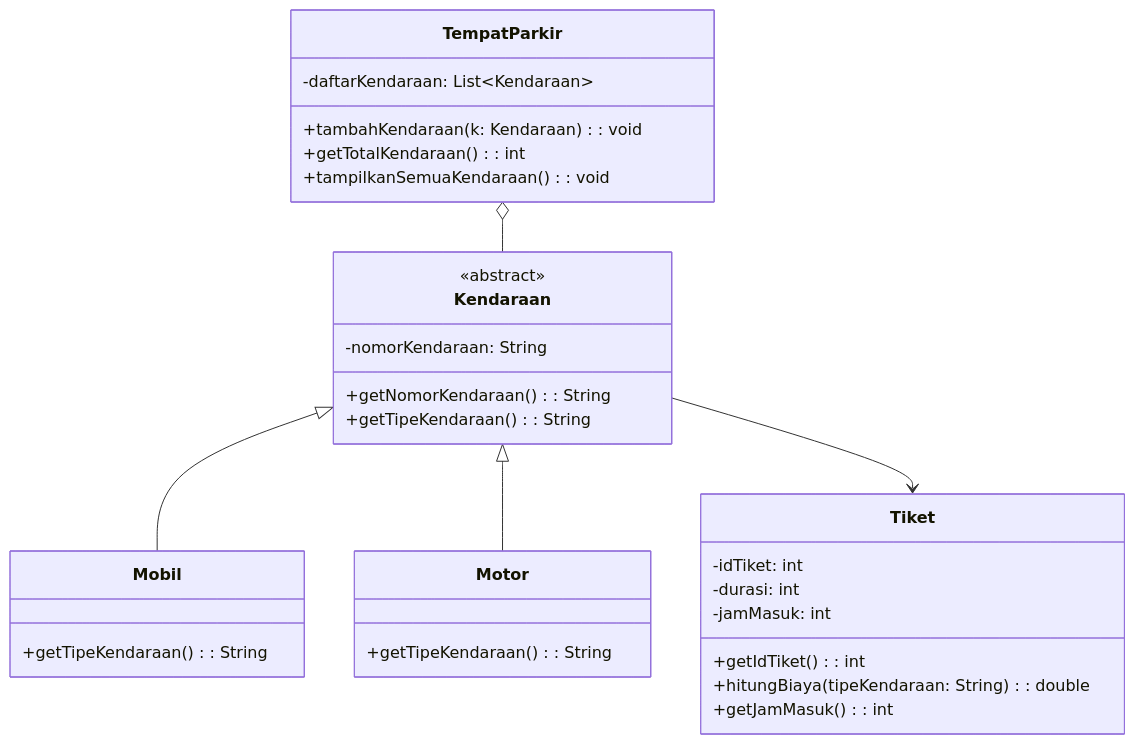
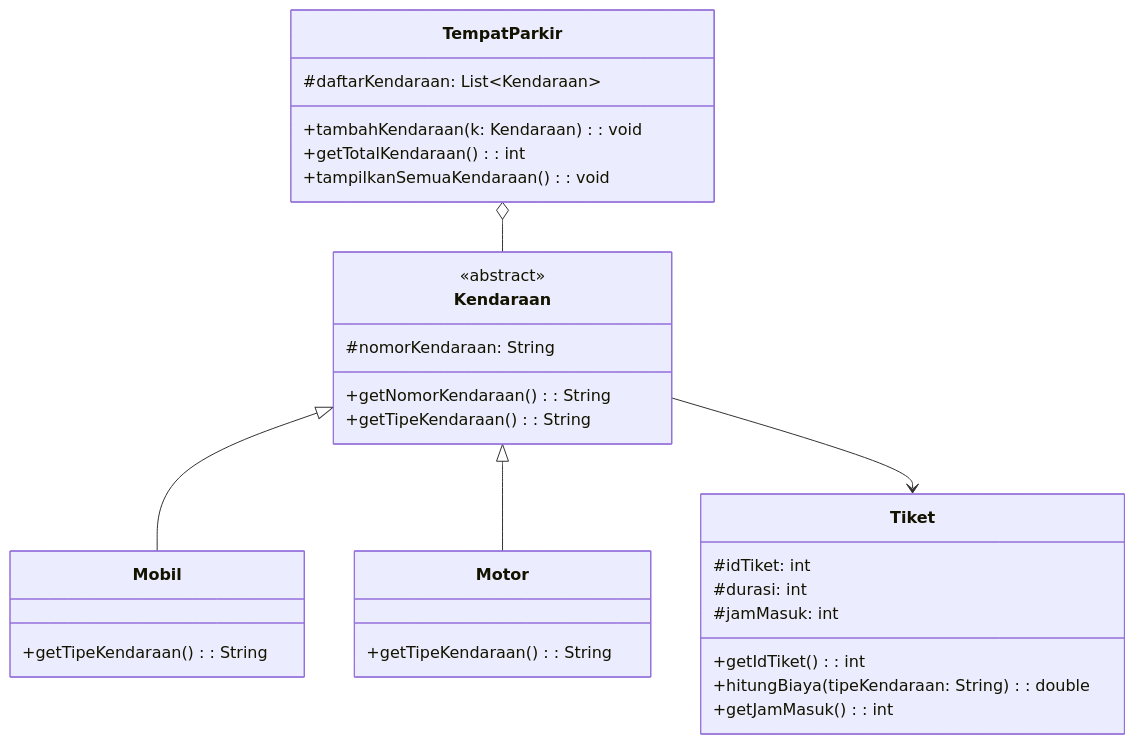
Before and after one commit to aulinsn/Strukdat-Class-Diagram-Assignment: the diagram in README.md, drawn with Mermaid.

````diff
--- a/README.md
+++ b/README.md
@@ -23,40 +23,40 @@
 ```mermaid
 classDiagram
 
     class Kendaraan {
         <<abstract>>
-        -nomorKendaraan: String
+        #nomorKendaraan: String
         +getNomorKendaraan(): String
         +getTipeKendaraan(): String
     }
 
     class Mobil {
         +getTipeKendaraan(): String
     }
 
     class Motor {
         +getTipeKendaraan(): String
     }
 
     class Tiket {
-        -idTiket: int
-        -durasi: int
-        -jamMasuk: int
+        #idTiket: int
+        #durasi: int
+        #jamMasuk: int
         +getIdTiket(): int
         +hitungBiaya(tipeKendaraan: String): double
         +getJamMasuk(): int
     }
 
     class TempatParkir {
-        -daftarKendaraan: List~Kendaraan~
+        #daftarKendaraan: List~Kendaraan~
         +tambahKendaraan(k: Kendaraan): void
         +getTotalKendaraan(): int
         +tampilkanSemuaKendaraan(): void
     }
 
     Kendaraan <|-- Mobil
     Kendaraan <|-- Motor
 
     TempatParkir o-- Kendaraan
     Kendaraan --> Tiket
 ```
````
